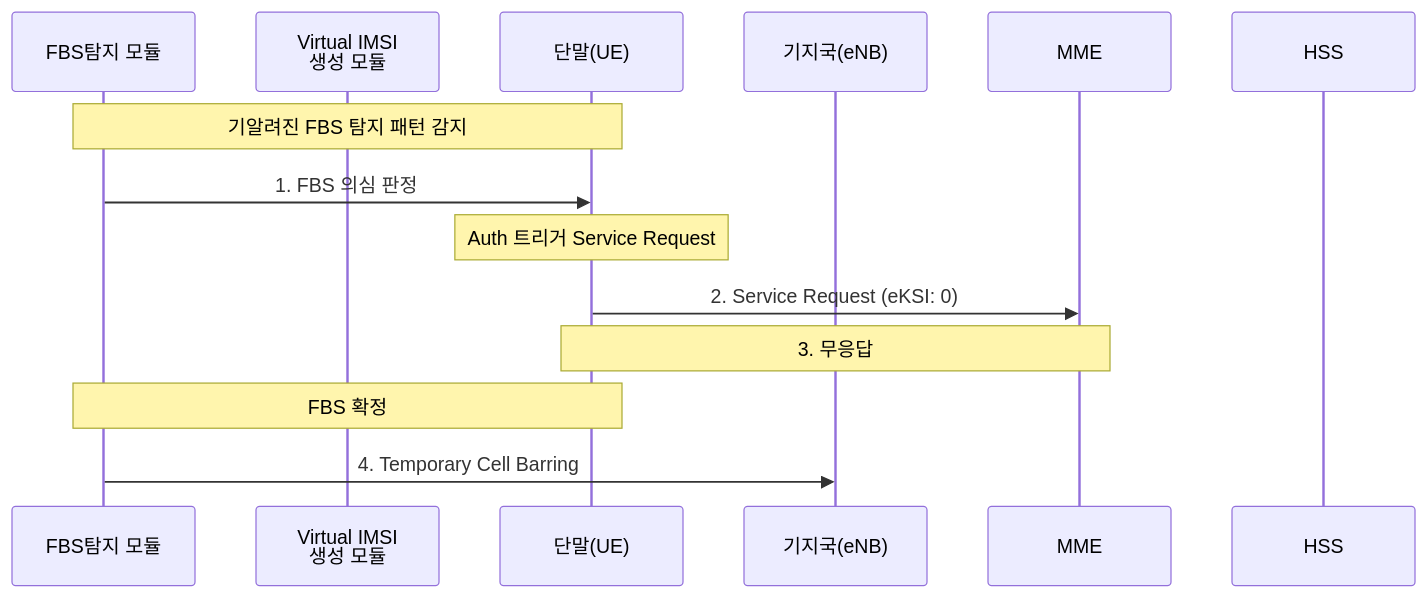
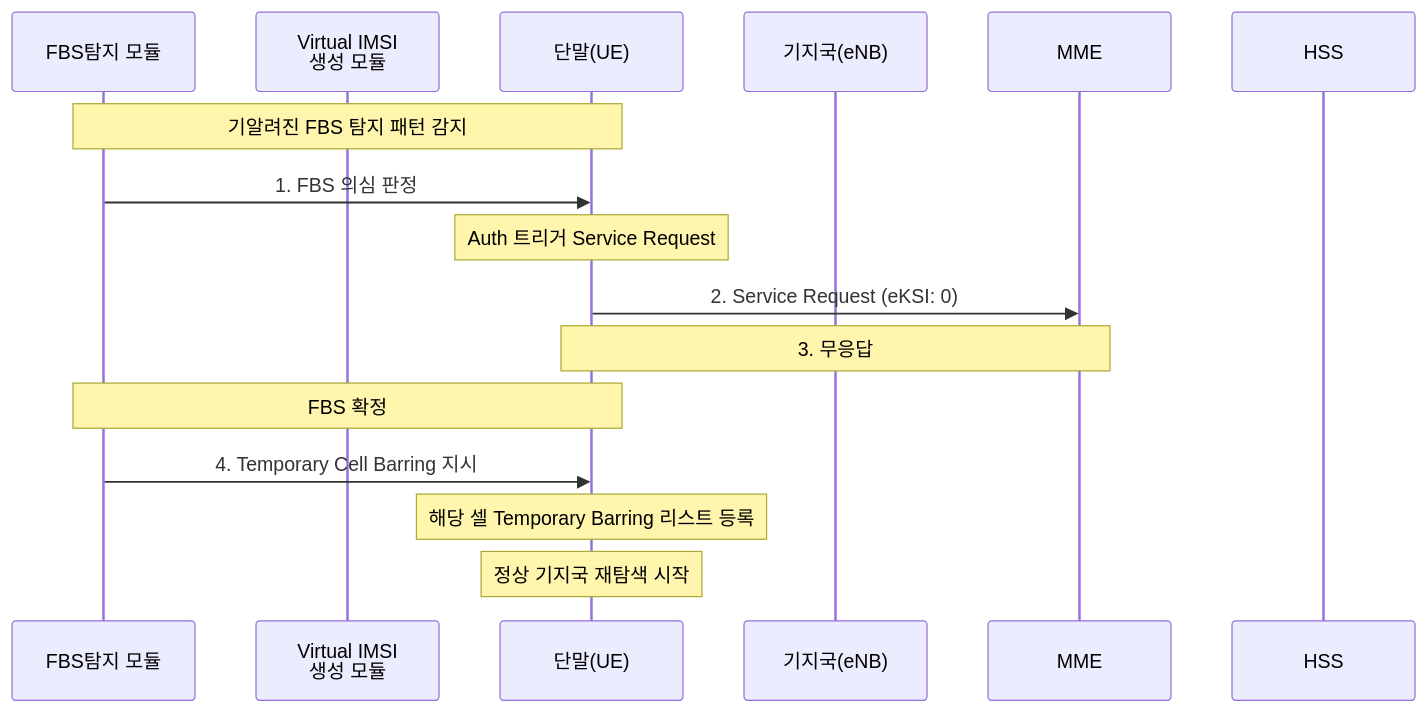
Before and after one commit to brianrobo/new-idea-flow: the second of 4 diagrams in sequence.md, drawn with Mermaid.

````diff
--- a/sequence.md
+++ b/sequence.md
@@ -24,17 +24,19 @@
 ```mermaid
 sequenceDiagram
     participant FBS as FBS탐지 모듈
     participant VIMSI as Virtual IMSI<br/>생성 모듈
     participant UE as 단말(UE)
     participant eNB as 기지국(eNB)
     participant MME as MME
     participant HSS as HSS
 
     Note over FBS,UE: 기알려진 FBS 탐지 패턴 감지
     FBS->>UE: 1. FBS 의심 판정
     Note over UE: Auth 트리거 Service Request
     UE->>MME: 2. Service Request (eKSI: 0)
     Note over MME,UE: 3. 무응답
     Note over FBS,UE: FBS 확정
-    FBS->>eNB: 4. Temporary Cell Barring
+    FBS->>UE: 4. Temporary Cell Barring 지시
+    Note over UE: 해당 셀 Temporary Barring 리스트 등록
+    Note over UE: 정상 기지국 재탐색 시작
 ```
````
